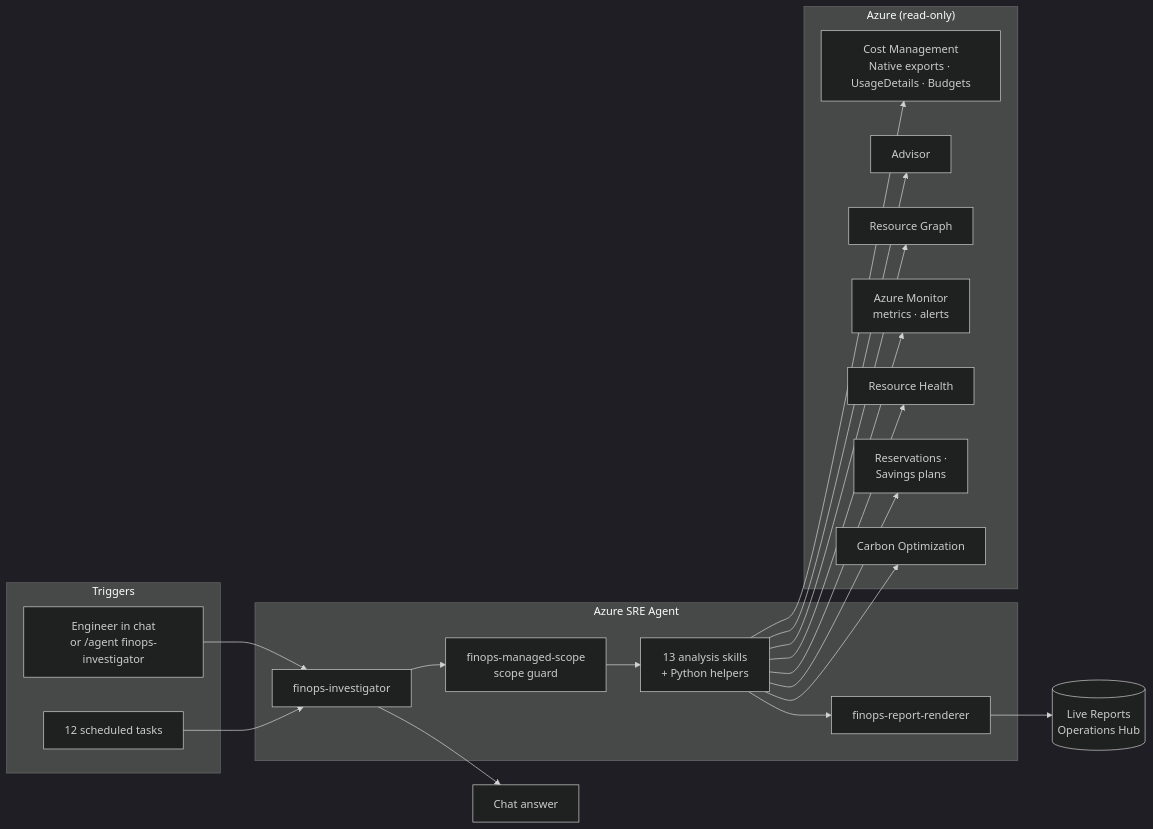
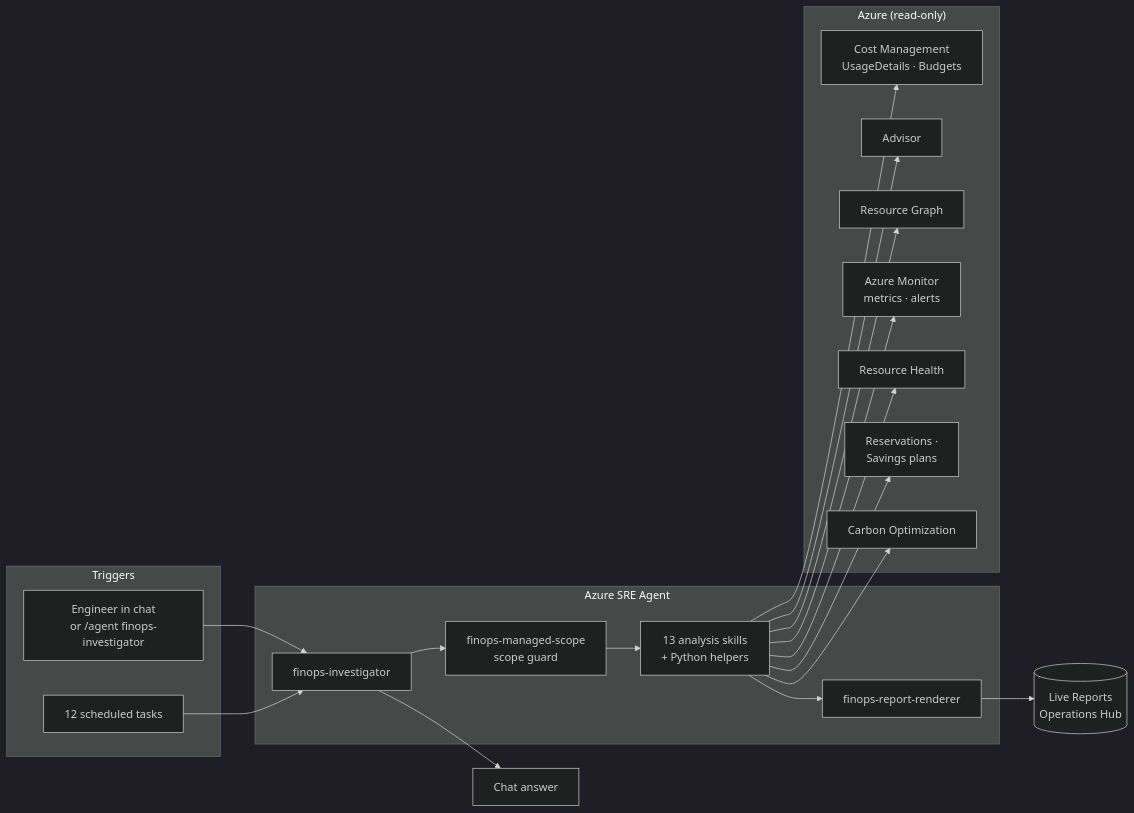
The diagram in README.md (dmauser/finops-sre-agent-pack), drawn with Mermaid (dark theme) before and after one commit. The commit also changed other lines of this file and 101 other files, not shown here.

````diff
--- a/README.md
+++ b/README.md
@@ -64,28 +63,28 @@
 ```mermaid
 flowchart LR
     subgraph Triggers
         U[Engineer in chat<br/>or /agent finops-investigator]
         S[12 scheduled tasks]
     end
     subgraph Agent["Azure SRE Agent"]
         I[finops-investigator]
         MS[finops-managed-scope<br/>scope guard]
         SK[13 analysis skills<br/>+ Python helpers]
         R[finops-report-renderer]
     end
     subgraph Azure["Azure (read-only)"]
-        CM[Cost Management<br/>Native exports · UsageDetails · Budgets]
+        CM[Cost Management<br/>UsageDetails · Budgets]
         ADV[Advisor]
         ARG[Resource Graph]
         MON[Azure Monitor<br/>metrics · alerts]
         RH[Resource Health]
         RES[Reservations ·<br/>Savings plans]
         CO[Carbon Optimization]
     end
     U --> I
     S --> I
     I --> MS --> SK
     SK --> CM & ADV & ARG & MON & RH & RES & CO
     SK --> R --> LR[(Live Reports<br/>Operations Hub)]
     I --> CHAT[Chat answer]
 ```
````
